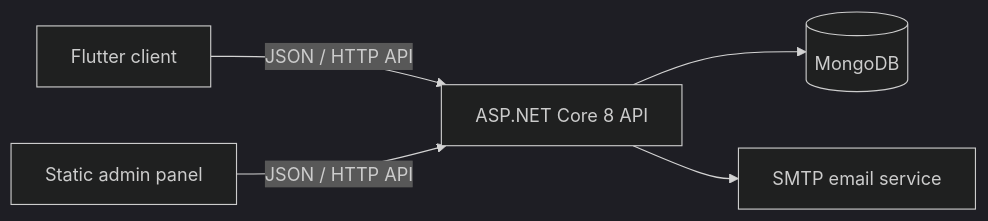
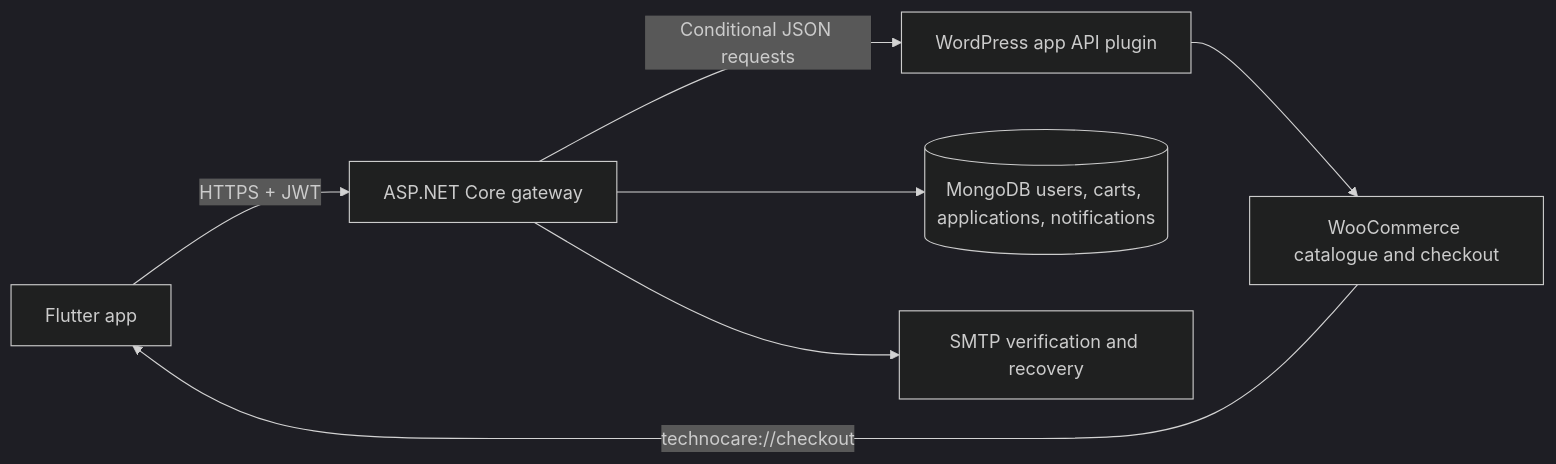
One commit to SeljanKarimli/Technocare changed the diagram in README.md. Above: the diagram before and after it, drawn with Mermaid (dark theme). The commit also changed other lines of this file and 17 other files, not shown here.

````diff
--- a/README.md
+++ b/README.md
@@ -17,7 +7,9 @@
 ```mermaid
 flowchart LR
-    Client["Flutter client"] -->|JSON / HTTP API| API["ASP.NET Core 8 API"]
-    Admin["Static admin panel"] -->|JSON / HTTP API| API
-    API --> MongoDB[(MongoDB)]
-    API --> SMTP["SMTP email service"]
+    App[Flutter app] -->|HTTPS + JWT| API[ASP.NET Core gateway]
+    API -->|Conditional JSON requests| WP[WordPress app API plugin]
+    WP --> Woo[WooCommerce catalogue and checkout]
+    API --> Mongo[(MongoDB users, carts, applications, notifications)]
+    API --> SMTP[SMTP verification and recovery]
+    Woo -->|technocare://checkout| App
 ```
````
